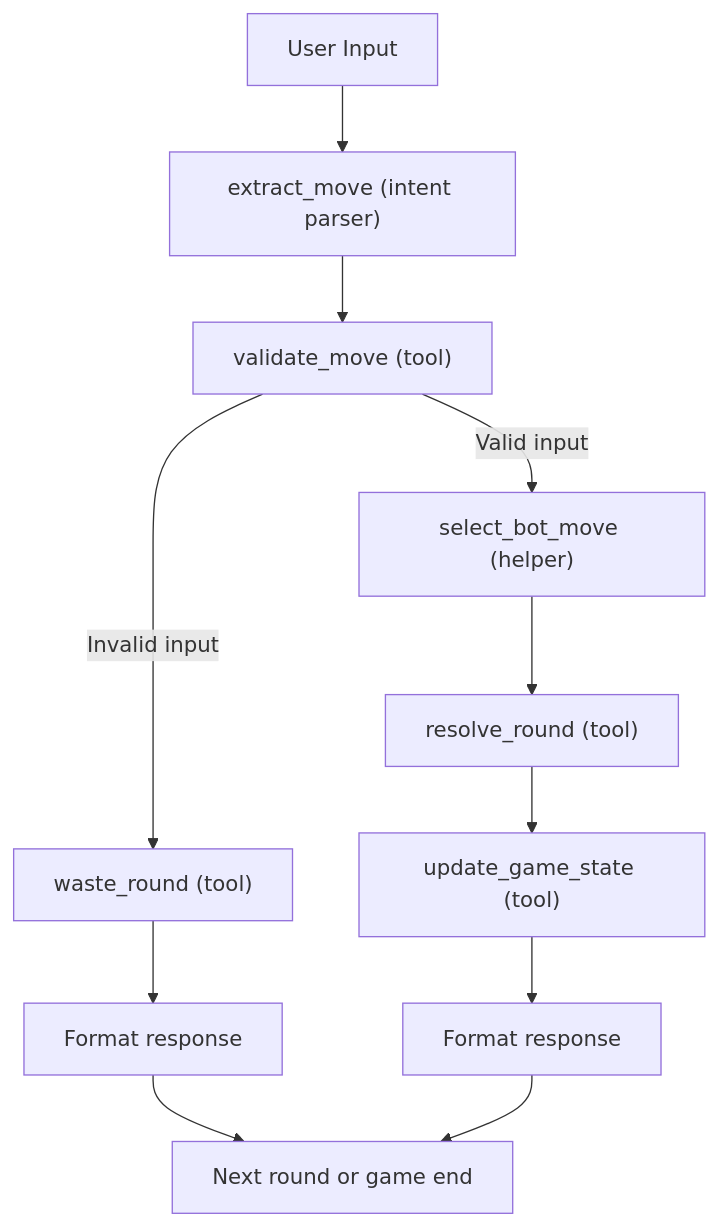
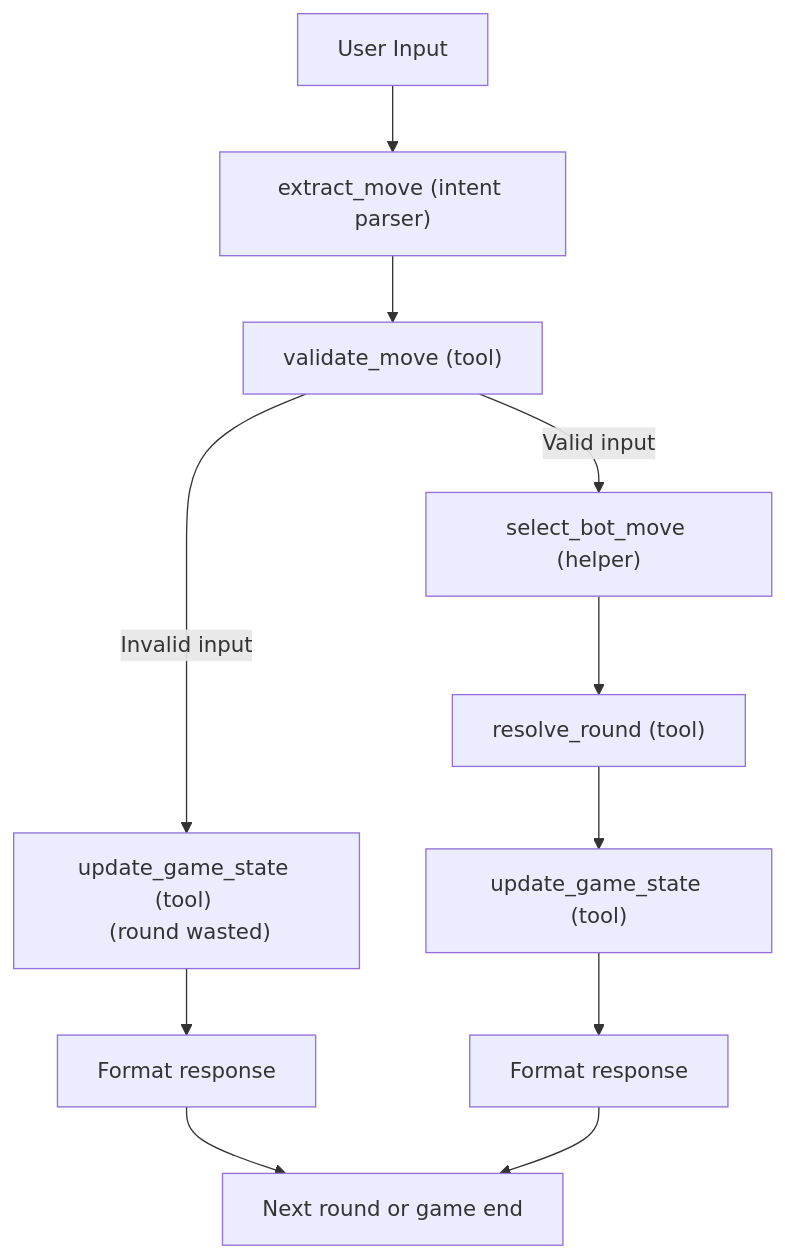
The diagram in README.md (Parthnuwal7/spsb), drawn with Mermaid before and after one commit.

````diff
--- a/README.md
+++ b/README.md
@@ -14,15 +14,15 @@
 ```mermaid
 flowchart TD
     A[User Input] --> B["extract_move (intent parser)"]
     B --> C["validate_move (tool)"]
 
-    C -->|Invalid input| D["waste_round (tool)"]
+    C -->|Invalid input| D["update_game_state (tool) \n (round wasted)"]
     D --> E[Format response]
     E --> F[Next round or game end]
 
     C -->|Valid input| G["select_bot_move (helper)"]
     G --> H["resolve_round (tool)"]
     H --> I["update_game_state (tool)"]
     I --> J[Format response]
     J --> F
 ```
````
